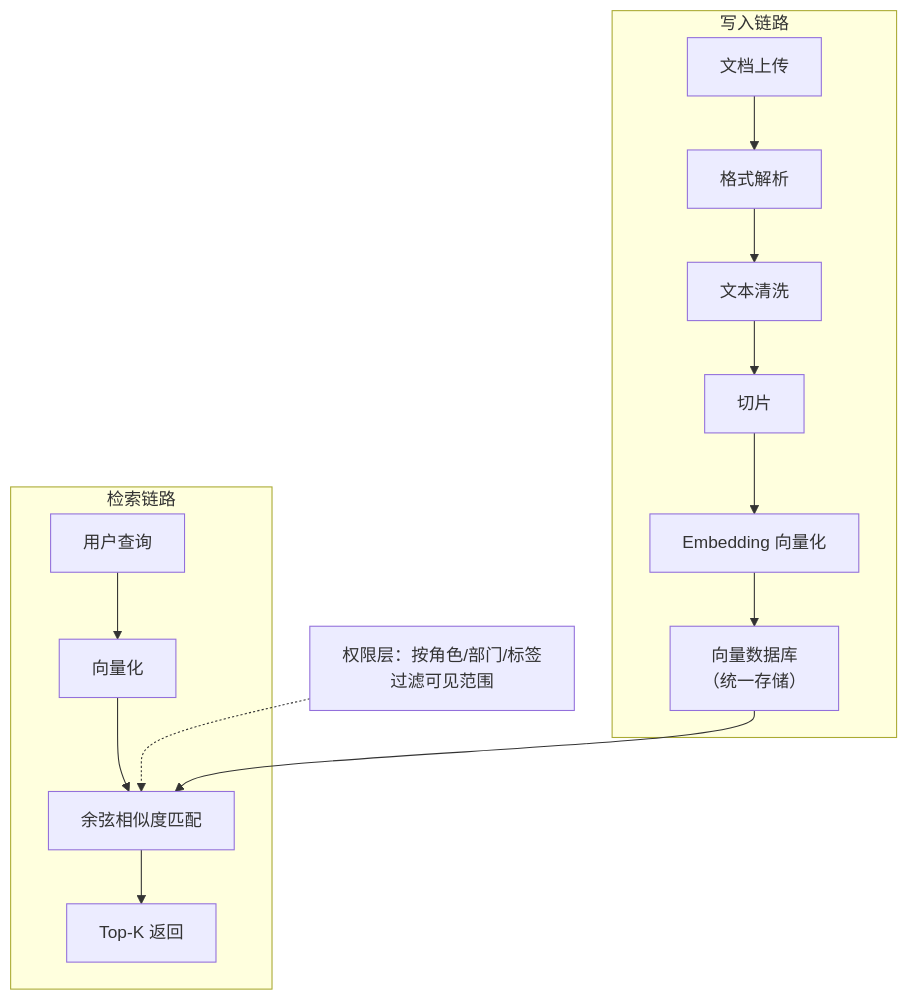
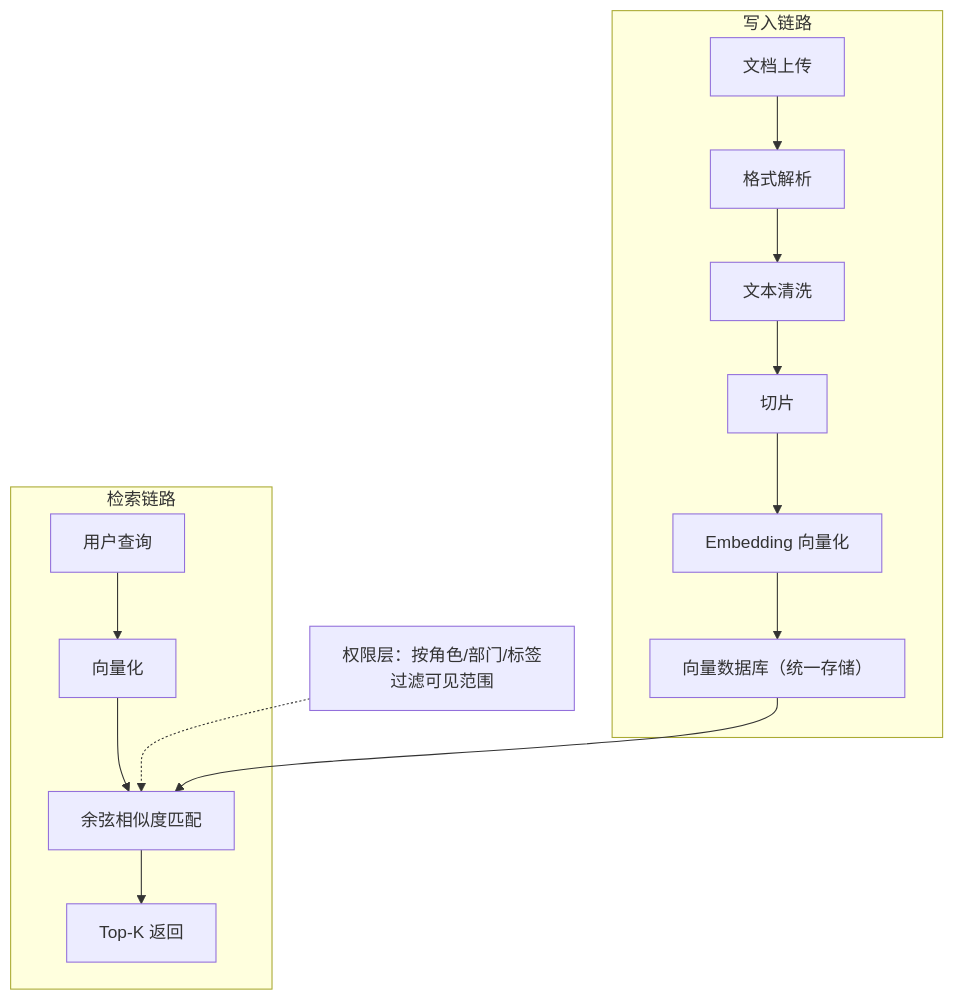
One commit to fri555/PORTL changed diagram 20 of 24 in docs/需求文档/AI工作门户-MVP-PRD.md. Above: the diagram before and after it, drawn with Mermaid. The commit also changed other lines of this file and 55 other files, not shown here.

````diff
--- a/docs/需求文档/AI工作门户-MVP-PRD.md
+++ b/docs/需求文档/AI工作门户-MVP-PRD.md
@@ -1428,19 +1872,19 @@
 ```mermaid
 flowchart TB
     subgraph Ingest["写入链路"]
         A["文档上传"] --> B["格式解析"]
         B --> C["文本清洗"]
         C --> D["切片"]
         D --> E["Embedding 向量化"]
-        E --> F["向量数据库<br/>（统一存储）"]
+        E --> F["向量数据库（统一存储）"]
     end
 
     subgraph Query["检索链路"]
         G["用户查询"] --> H["向量化"]
         H --> I["余弦相似度匹配"]
         I --> J["Top-K 返回"]
     end
 
     F --> I
     K["权限层：按角色/部门/标签<br/>过滤可见范围"] -.-> I
 ```
````
